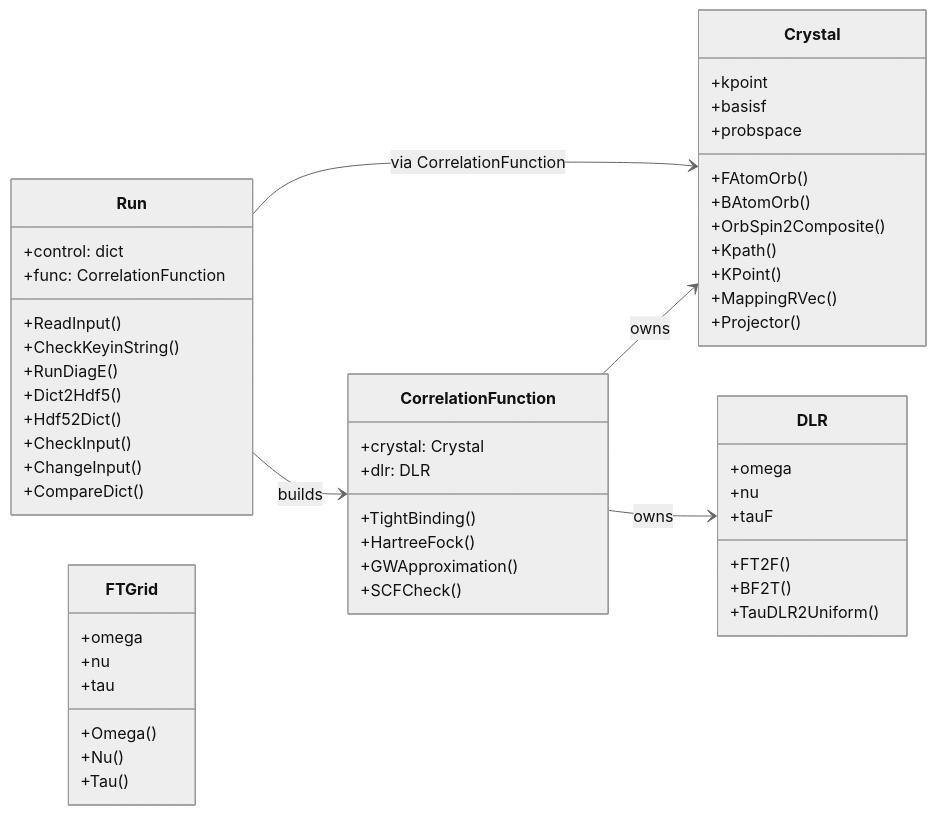
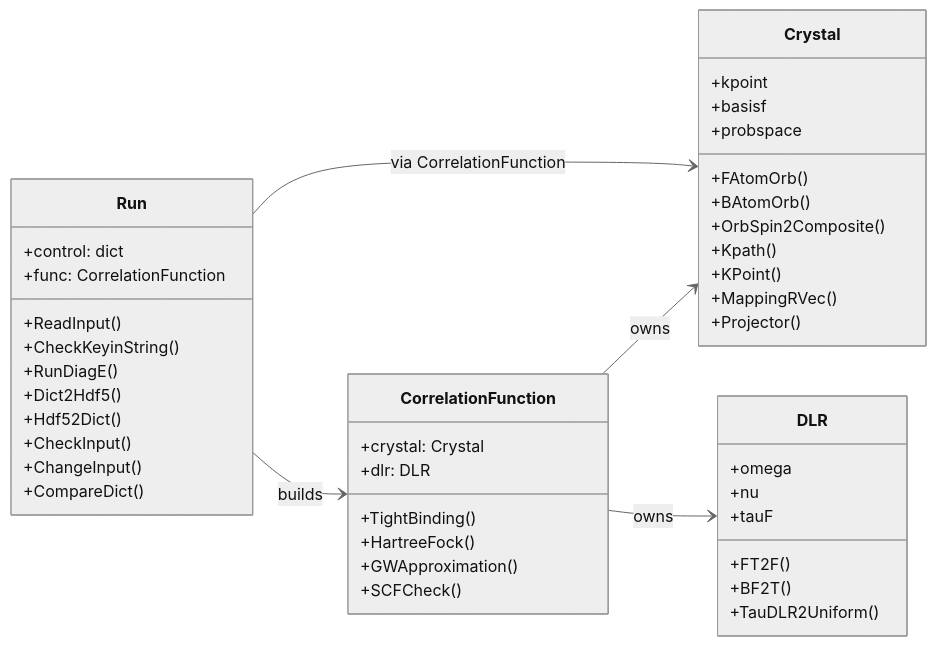
Before and after one commit to QAssemble/qassemble: the first of 4 diagrams in docs/SerialClassDiagram.md, drawn with Mermaid (neutral theme). The commit also changed other lines of this file and 23 other files, not shown here.

````diff
--- a/docs/SerialClassDiagram.md
+++ b/docs/SerialClassDiagram.md
@@ -7,62 +7,53 @@
 ```mermaid
 classDiagram
     direction LR
     class Run {
         +control: dict
         +func: CorrelationFunction
         +ReadInput()
         +CheckKeyinString()
         +RunDiagE()
         +Dict2Hdf5()
         +Hdf52Dict()
         +CheckInput()
         +ChangeInput()
         +CompareDict()
     }
 
     class CorrelationFunction {
         +crystal: Crystal
         +dlr: DLR
         +TightBinding()
         +HartreeFock()
         +GWApproximation()
         +SCFCheck()
     }
 
     class Crystal {
         +kpoint
         +basisf
         +probspace
         +FAtomOrb()
         +BAtomOrb()
         +OrbSpin2Composite()
         +Kpath()
         +KPoint()
         +MappingRVec()
         +Projector()
     }
 
     class DLR {
         +omega
         +nu
         +tauF
         +FT2F()
         +BF2T()
         +TauDLR2Uniform()
     }
 
-    class FTGrid {
-        +omega
-        +nu
-        +tau
-        +Omega()
-        +Nu()
-        +Tau()
-    }
-
     Run --> CorrelationFunction : builds
     Run --> Crystal : via CorrelationFunction
     CorrelationFunction --> Crystal : owns
     CorrelationFunction --> DLR : owns
 
 ```
````
